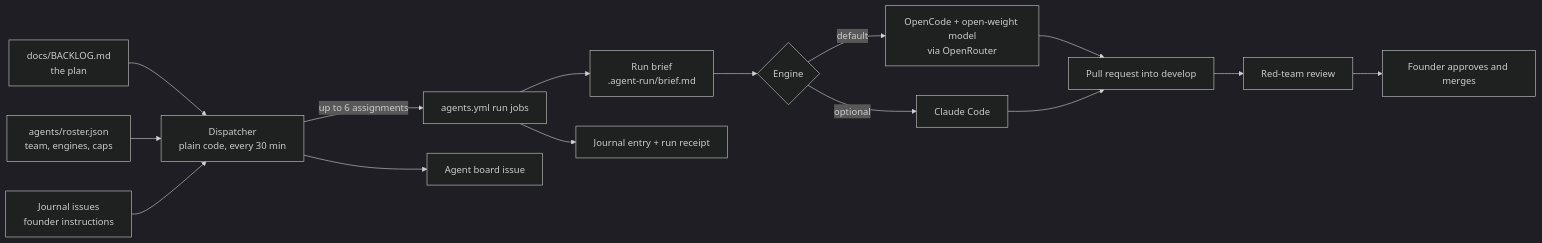
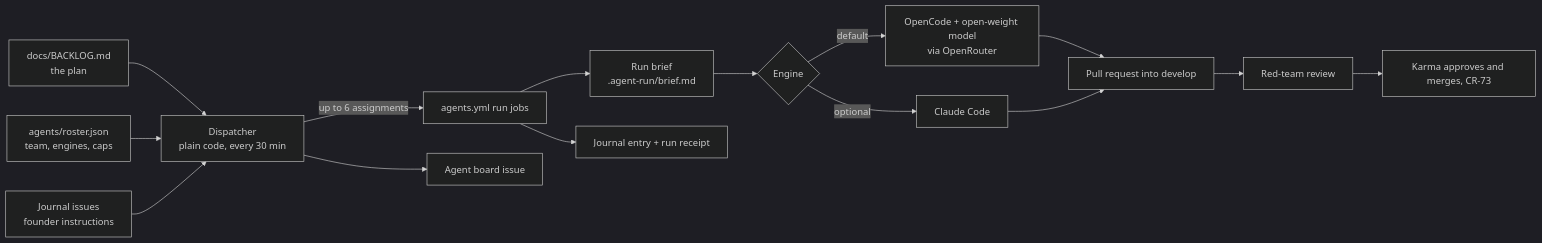
Before and after one commit to thesaurabhpareek/earlyletters: the diagram in docs/agents/HARNESS.md, drawn with Mermaid (dark theme). The commit also changed other lines of this file and 12 other files, not shown here.

````diff
--- a/docs/agents/HARNESS.md
+++ b/docs/agents/HARNESS.md
@@ -30,17 +30,17 @@
 ```mermaid
 flowchart LR
   B[docs/BACKLOG.md<br/>the plan] --> D
   R[agents/roster.json<br/>team, engines, caps] --> D
   J[Journal issues<br/>founder instructions] --> D
   D[Dispatcher<br/>plain code, every 30 min] -->|up to 6 assignments| W[agents.yml run jobs]
   D --> BO[Agent board issue]
   W --> BR[Run brief<br/>.agent-run/brief.md]
   BR --> E{Engine}
   E -->|default| OC[OpenCode + open-weight model<br/>via OpenRouter]
   E -->|optional| CC[Claude Code]
   OC --> PR[Pull request into develop]
   CC --> PR
   PR --> RT[Red-team review]
-  RT --> F[Founder approves and merges]
+  RT --> F[Karma approves and merges, CR-73]
   W --> RC[Journal entry + run receipt]
 ```
````
